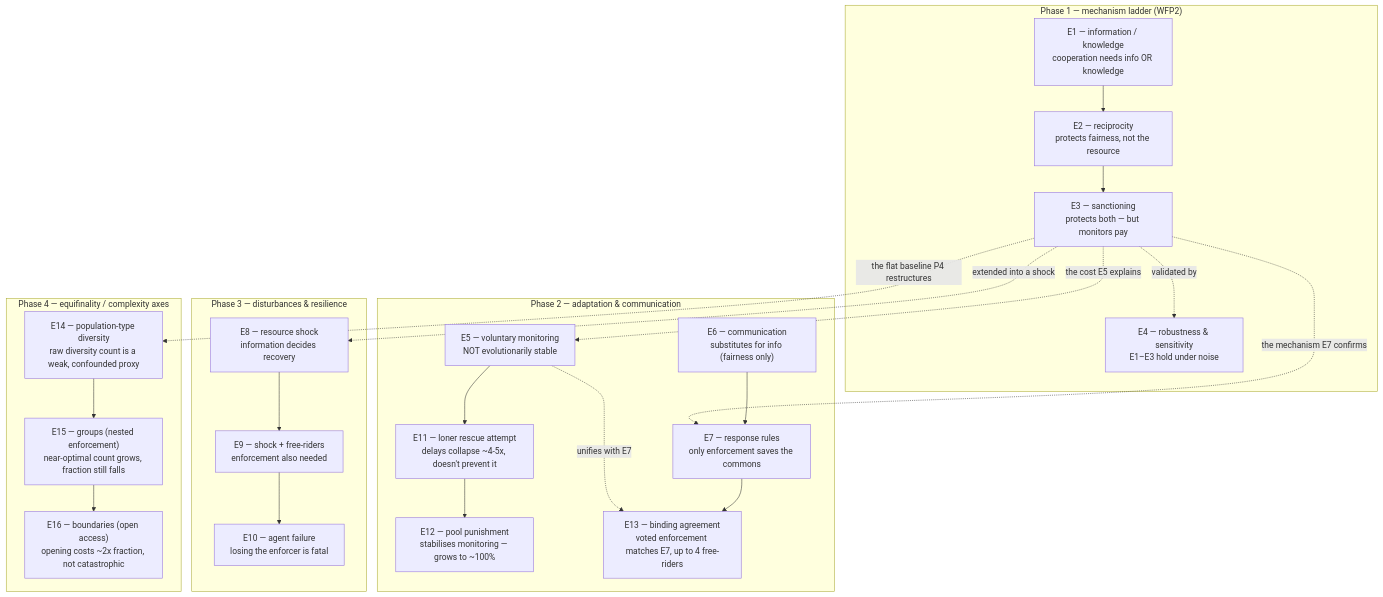
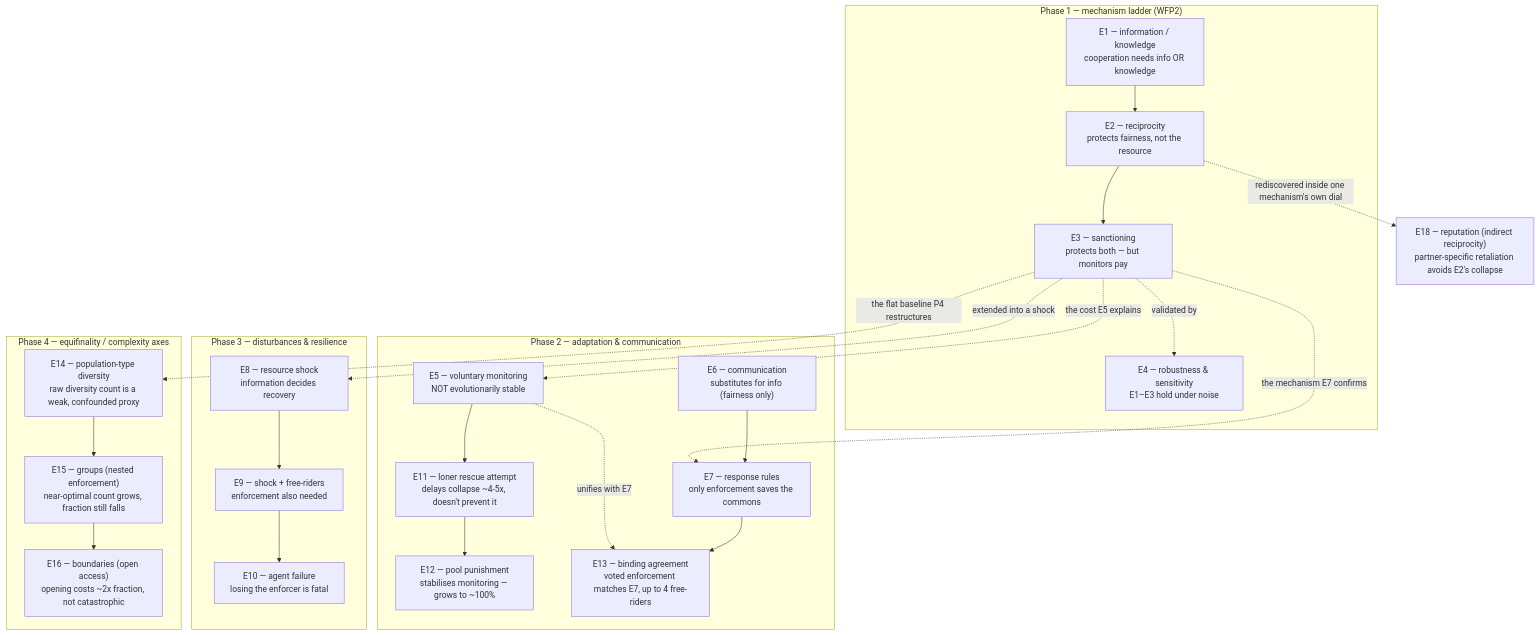
One commit to loonaarc/wfp2 changed the diagram in docs/findings-summary.md. Above: the diagram before and after it, drawn with Mermaid. The commit also changed other lines of this file and 28 other files, not shown here.

````diff
--- a/docs/findings-summary.md
+++ b/docs/findings-summary.md
@@ -77,42 +81,45 @@
 ```mermaid
 flowchart TD
     subgraph P1["Phase 1 — mechanism ladder (WFP2)"]
         E1["E1 — information / knowledge<br/>cooperation needs info OR knowledge"]
         E2["E2 — reciprocity<br/>protects fairness, not the resource"]
         E3["E3 — sanctioning<br/>protects both — but monitors pay"]
         E4["E4 — robustness & sensitivity<br/>E1–E3 hold under noise"]
         E1 --> E2 --> E3
         E3 -.validated by.-> E4
     end
 
     subgraph P2["Phase 2 — adaptation & communication"]
         E5["E5 — voluntary monitoring<br/>NOT evolutionarily stable"]
         E11["E11 — loner rescue attempt<br/>delays collapse ~4-5x, doesn't prevent it"]
         E12["E12 — pool punishment<br/>stabilises monitoring — grows to ~100%"]
         E6["E6 — communication<br/>substitutes for info (fairness only)"]
         E7["E7 — response rules<br/>only enforcement saves the commons"]
         E13["E13 — binding agreement<br/>voted enforcement matches E7, up to 4 free-riders"]
         E5 --> E11 --> E12
         E6 --> E7 --> E13
         E5 -.unifies with E7.-> E13
     end
 
     subgraph P3["Phase 3 — disturbances & resilience"]
         E8["E8 — resource shock<br/>information decides recovery"]
         E9["E9 — shock + free-riders<br/>enforcement also needed"]
         E10["E10 — agent failure<br/>losing the enforcer is fatal"]
         E8 --> E9 --> E10
     end
 
     subgraph P4["Phase 4 — equifinality / complexity axes"]
         E14["E14 — population-type diversity<br/>raw diversity count is a weak, confounded proxy"]
         E15["E15 — groups (nested enforcement)<br/>near-optimal count grows, fraction still falls"]
         E16["E16 — boundaries (open access)<br/>opening costs ~2x fraction, not catastrophic"]
         E14 --> E15 --> E16
     end
 
+    E18["E18 — reputation (indirect reciprocity)<br/>partner-specific retaliation avoids E2's collapse"]
+
     E3 -.the cost E5 explains.-> E5
     E3 -.the mechanism E7 confirms.-> E7
     E3 -.extended into a shock.-> E8
     E3 -.the flat baseline P4 restructures.-> E14
+    E2 -.rediscovered inside one mechanism's own dial.-> E18
 ```
````
